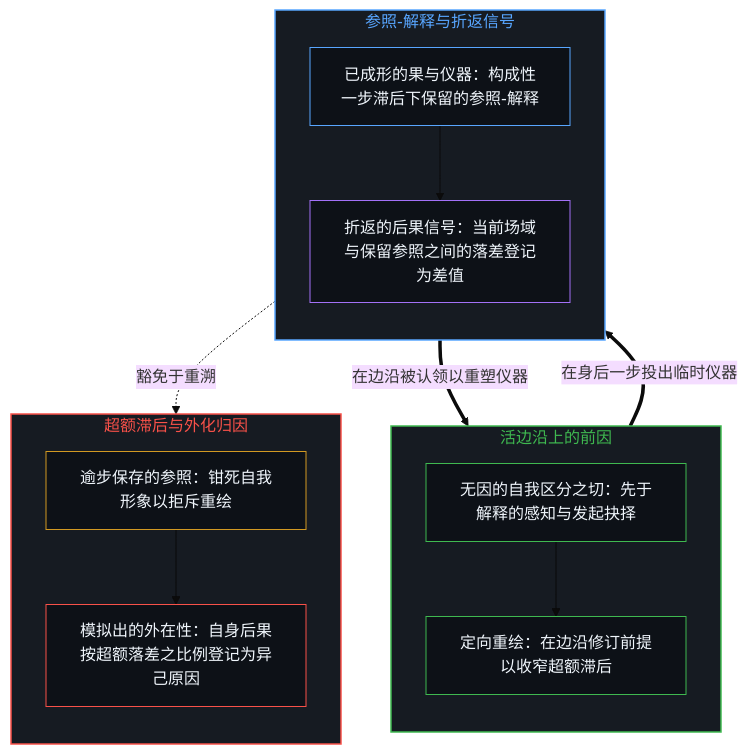
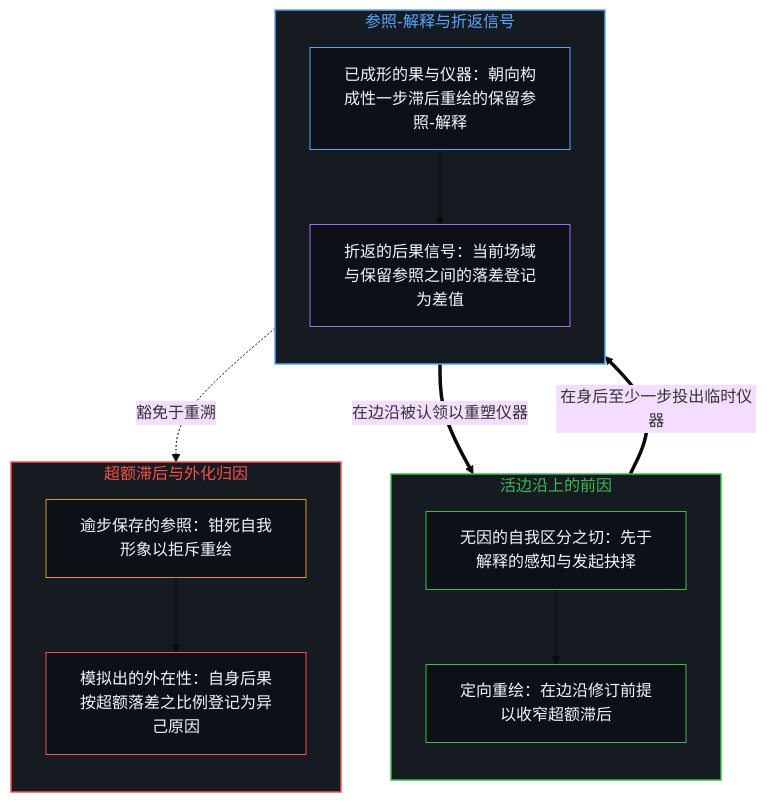
One commit to powerpig99/not-a-toe changed the first of 2 diagrams in content/posts/qian-yin-hou-guo.md. Above: the diagram before and after it, drawn with Mermaid (base theme). The commit also changed other lines of this file and 4 other files, not shown here.

````diff
--- a/content/posts/qian-yin-hou-guo.md
+++ b/content/posts/qian-yin-hou-guo.md
@@ -41,33 +41,33 @@
 ```mermaid
 flowchart TD
     subgraph S_Edge["活边沿上的前因"]
         direction TB
         Act["无因的自我区分之切：先于解释的感知与发起抉择"]
         ReRender["定向重绘：在边沿修订前提以收窄超额滞后"]
         Act --> ReRender
     end
     subgraph S_Inst["参照-解释与折返信号"]
         direction TB
-        Proj["已成形的果与仪器：构成性一步滞后下保留的参照-解释"]
+        Proj["已成形的果与仪器：朝向构成性一步滞后重绘的保留参照-解释"]
         Return["折返的后果信号：当前场域与保留参照之间的落差登记为差值"]
         Proj --> Return
     end
     subgraph S_Lag["超额滞后与外化归因"]
         direction TB
         Freeze["逾步保存的参照：钳死自我形象以拒斥重绘"]
         Alien["模拟出的外在性：自身后果按超额落差之比例登记为异己原因"]
         Freeze --> Alien
     end
-    ReRender ==>|"在身后一步投出临时仪器"| Proj
+    ReRender ==>|"在身后至少一步投出临时仪器"| Proj
     Return ==>|"在边沿被认领以重塑仪器"| ReRender
     Proj -.->|"豁免于重溯"| Freeze
     style S_Edge fill:#161b22,stroke:#3fb950,stroke-width:1.5px,color:#3fb950
     style S_Inst fill:#161b22,stroke:#58a6ff,stroke-width:1.5px,color:#58a6ff
     style S_Lag fill:#161b22,stroke:#f85149,stroke-width:1.5px,color:#f85149
     style Act fill:#0d1117,stroke:#3fb950,stroke-width:1px,color:#f0f6fc
     style ReRender fill:#0d1117,stroke:#3fb950,stroke-width:1px,color:#f0f6fc
     style Proj fill:#0d1117,stroke:#58a6ff,stroke-width:1px,color:#f0f6fc
     style Return fill:#0d1117,stroke:#a371f7,stroke-width:1px,color:#f0f6fc
     style Freeze fill:#0d1117,stroke:#d29922,stroke-width:1px,color:#f0f6fc
     style Alien fill:#0d1117,stroke:#f85149,stroke-width:1px,color:#f0f6fc
 ```
````
